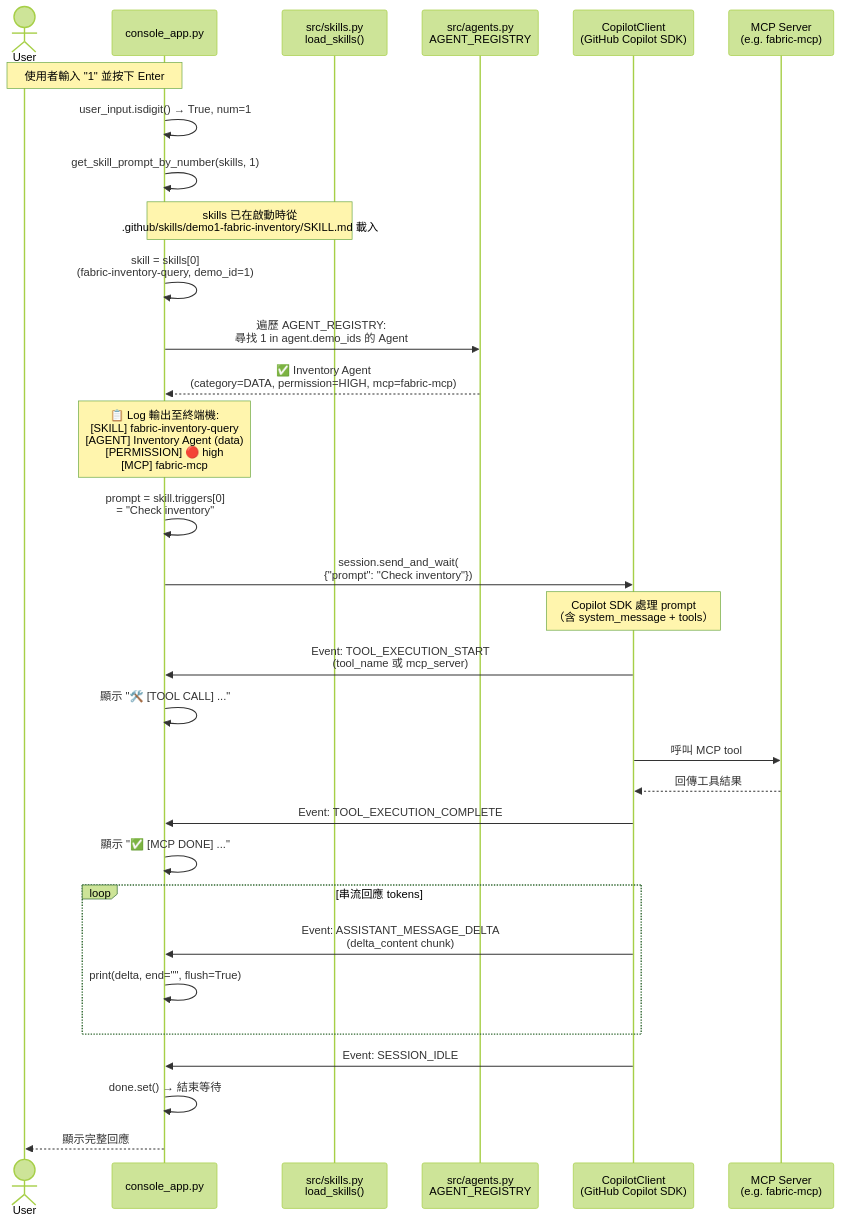
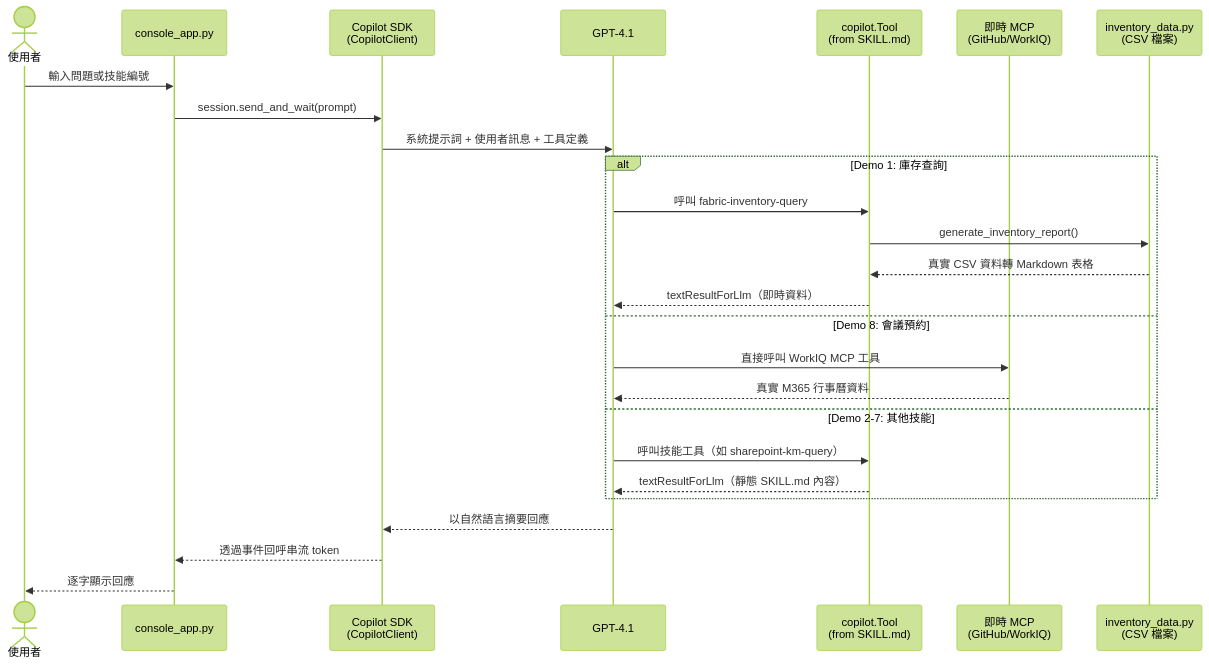
The second of 2 diagrams in README-zhtw.md (payton-chou-ms/poc-agents-league-techconnect-2026), drawn with Mermaid (forest theme) before and after one commit. The commit also changed other lines of this file and 3 other files, not shown here.

Commit message:
Refactor tech summary: Enhance clarity and structure, update architecture overview, and improve skill definitions. Introduce live vs simulated components breakdown and streamline incident workflow descriptions.

````diff
--- a/README-zhtw.md
+++ b/README-zhtw.md
@@ -348,48 +354,31 @@
 ```mermaid
 sequenceDiagram
-    actor User
+    actor User as 使用者
     participant Console as console_app.py
-    participant Skills as src/skills.py<br/>load_skills()
-    participant Agents as src/agents.py<br/>AGENT_REGISTRY
-    participant Copilot as CopilotClient<br/>(GitHub Copilot SDK)
-    participant MCP as MCP Server<br/>(e.g. fabric-mcp)
+    participant SDK as Copilot SDK<br/>(CopilotClient)
+    participant LLM as GPT-4.1
+    participant Tool as copilot.Tool<br/>(from SKILL.md)
+    participant MCP as 即時 MCP<br/>(GitHub/WorkIQ)
+    participant CSV as inventory_data.py<br/>(CSV 檔案)
 
-    Note over User,Console: 使用者輸入 "1" 並按下 Enter
-
-    Console->>Console: user_input.isdigit() → True, num=1
-    Console->>Console: get_skill_prompt_by_number(skills, 1)
-
-    Note over Console,Skills: skills 已在啟動時從<br/>.github/skills/demo1-fabric-inventory/SKILL.md 載入
-
-    Console->>Console: skill = skills[0]<br/>(fabric-inventory-query, demo_id=1)
-
-    Console->>Agents: 遍歷 AGENT_REGISTRY:<br/>尋找 1 in agent.demo_ids 的 Agent
-    Agents-->>Console: ✅ Inventory Agent<br/>(category=DATA, permission=HIGH, mcp=fabric-mcp)
-
-    Note over Console: 📋 Log 輸出至終端機:<br/>[SKILL] fabric-inventory-query<br/>[AGENT] Inventory Agent (data)<br/>[PERMISSION] 🔴 high<br/>[MCP] fabric-mcp
-
-    Console->>Console: prompt = skill.triggers[0]<br/>= "Check inventory"
-
-    Console->>Copilot: session.send_and_wait(<br/>{"prompt": "Check inventory"})
-
-    Note over Copilot: Copilot SDK 處理 prompt<br/>（含 system_message + tools）
-
-    Copilot->>Console: Event: TOOL_EXECUTION_START<br/>(tool_name 或 mcp_server)
-    Console->>Console: 顯示 "🛠️ [TOOL CALL] ..."
-
-    Copilot->>MCP: 呼叫 MCP tool
-    MCP-->>Copilot: 回傳工具結果
-
-    Copilot->>Console: Event: TOOL_EXECUTION_COMPLETE
-    Console->>Console: 顯示 "✅ [MCP DONE] ..."
-
-    loop 串流回應 tokens
-        Copilot->>Console: Event: ASSISTANT_MESSAGE_DELTA<br/>(delta_content chunk)
-        Console->>Console: print(delta, end="", flush=True)
+    User->>Console: 輸入問題或技能編號
+    Console->>SDK: session.send_and_wait(prompt)
+    SDK->>LLM: 系統提示詞 + 使用者訊息 + 工具定義
+    
+    alt Demo 1: 庫存查詢
+        LLM->>Tool: 呼叫 fabric-inventory-query
+        Tool->>CSV: generate_inventory_report()
+        CSV-->>Tool: 真實 CSV 資料轉 Markdown 表格
+        Tool-->>LLM: textResultForLlm（即時資料）
+    else Demo 8: 會議預約
+        LLM->>MCP: 直接呼叫 WorkIQ MCP 工具
+        MCP-->>LLM: 真實 M365 行事曆資料
+    else Demo 2-7: 其他技能
+        LLM->>Tool: 呼叫技能工具（如 sharepoint-km-query）
+        Tool-->>LLM: textResultForLlm（靜態 SKILL.md 內容）
     end
-
-    Copilot->>Console: Event: SESSION_IDLE
-    Console->>Console: done.set() → 結束等待
-
-    Console-->>User: 顯示完整回應
+    
+    LLM-->>SDK: 以自然語言摘要回應
+    SDK-->>Console: 透過事件回呼串流 token
+    Console-->>User: 逐字顯示回應
 ```
````
